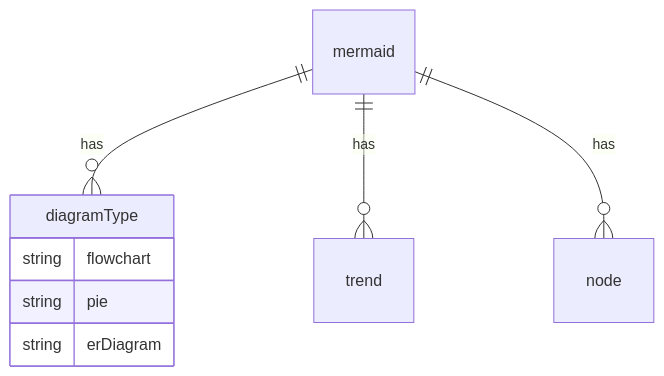
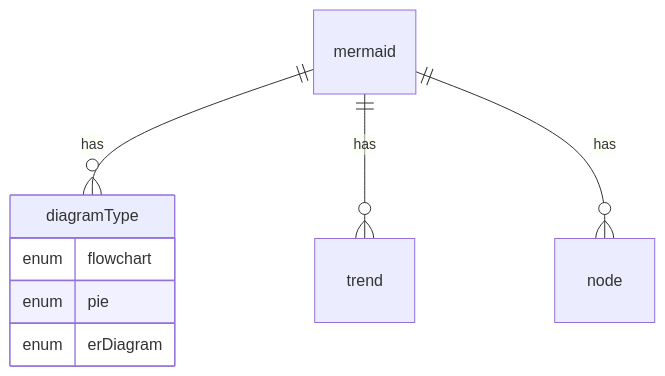
The diagram in 笔记/思考工具/图形/mermaid语法.md (Echo-Yanglulu/obsidianPrivateNote), drawn with Mermaid before and after one commit.

Commit message:
backup: 2022-07-09 13:55:40
Affected files:
笔记/思考工具/图形/mermaid语法.md

````diff
--- a/笔记/思考工具/图形/mermaid语法.md
+++ b/笔记/思考工具/图形/mermaid语法.md
@@ -1,7 +1,7 @@
 ``` mermaid 
 	erDiagram
 	mermaid ||--o{ diagramType: has
-   diagramType {string flowchart string pie string erDiagram}
+   diagramType {enum flowchart enum pie enum erDiagram}
 	mermaid ||--o{ trend: has
 	mermaid ||--o{ node: has
 ```
````
